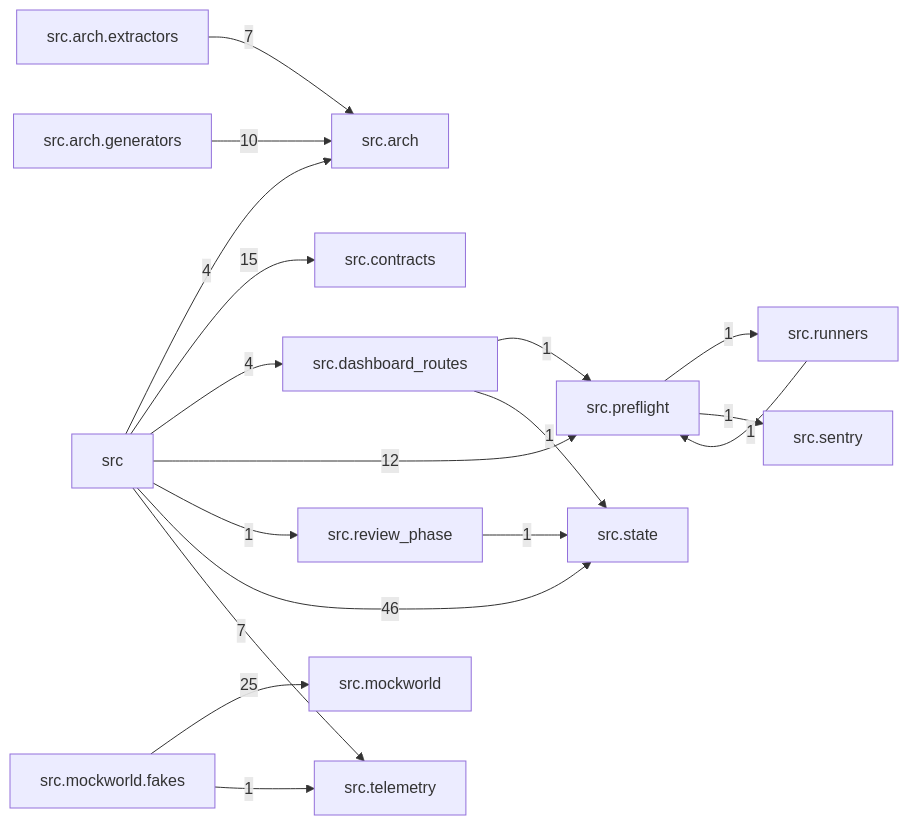
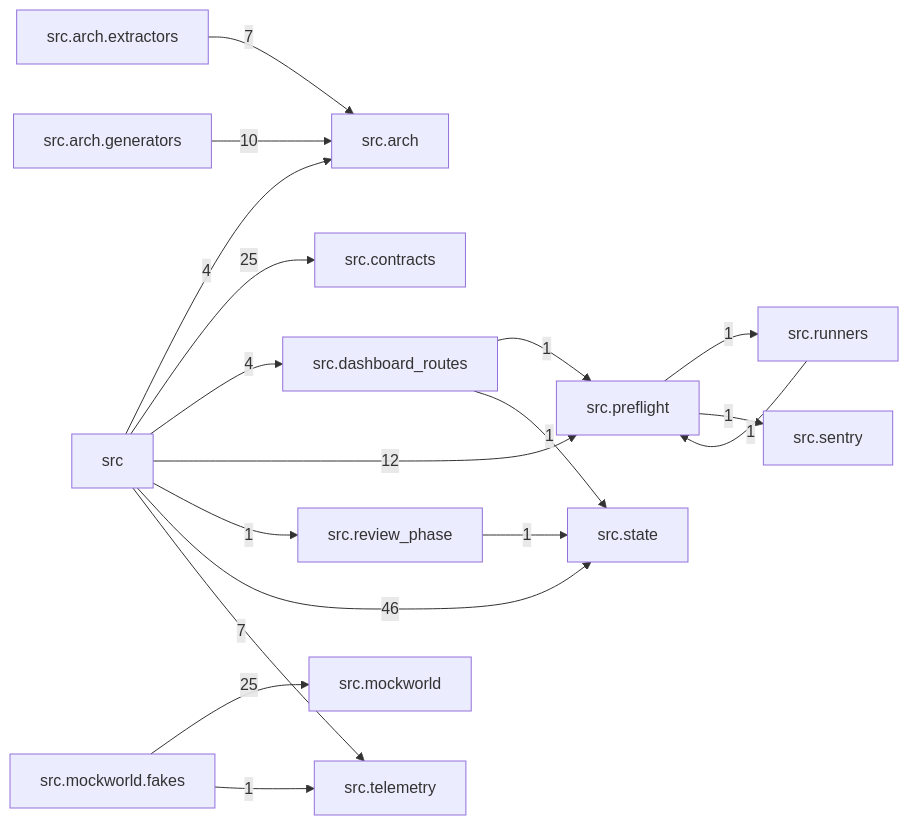
Before and after one commit to T-rav/hydraflow: the diagram in docs/arch/generated/modules.md, drawn with Mermaid. The commit also changed other lines of this file and 10 other files, not shown here.

````diff
--- a/docs/arch/generated/modules.md
+++ b/docs/arch/generated/modules.md
@@ -7,34 +7,34 @@
 ```mermaid
 graph LR
     src["src"]
     src_arch["src.arch"]
     src_arch_extractors["src.arch.extractors"]
     src_arch_generators["src.arch.generators"]
     src_contracts["src.contracts"]
     src_dashboard_routes["src.dashboard_routes"]
     src_mockworld["src.mockworld"]
     src_mockworld_fakes["src.mockworld.fakes"]
     src_preflight["src.preflight"]
     src_review_phase["src.review_phase"]
     src_runners["src.runners"]
     src_sentry["src.sentry"]
     src_state["src.state"]
     src_telemetry["src.telemetry"]
     src -- "4" --> src_arch
-    src -- "15" --> src_contracts
+    src -- "25" --> src_contracts
     src -- "4" --> src_dashboard_routes
     src -- "12" --> src_preflight
     src -- "1" --> src_review_phase
     src -- "46" --> src_state
     src -- "7" --> src_telemetry
     src_arch_extractors -- "7" --> src_arch
     src_arch_generators -- "10" --> src_arch
     src_dashboard_routes -- "1" --> src_preflight
     src_dashboard_routes -- "1" --> src_state
     src_mockworld_fakes -- "25" --> src_mockworld
     src_mockworld_fakes -- "1" --> src_telemetry
     src_preflight -- "1" --> src_runners
     src_preflight -- "1" --> src_sentry
     src_review_phase -- "1" --> src_state
     src_runners -- "1" --> src_preflight
 ```
````
